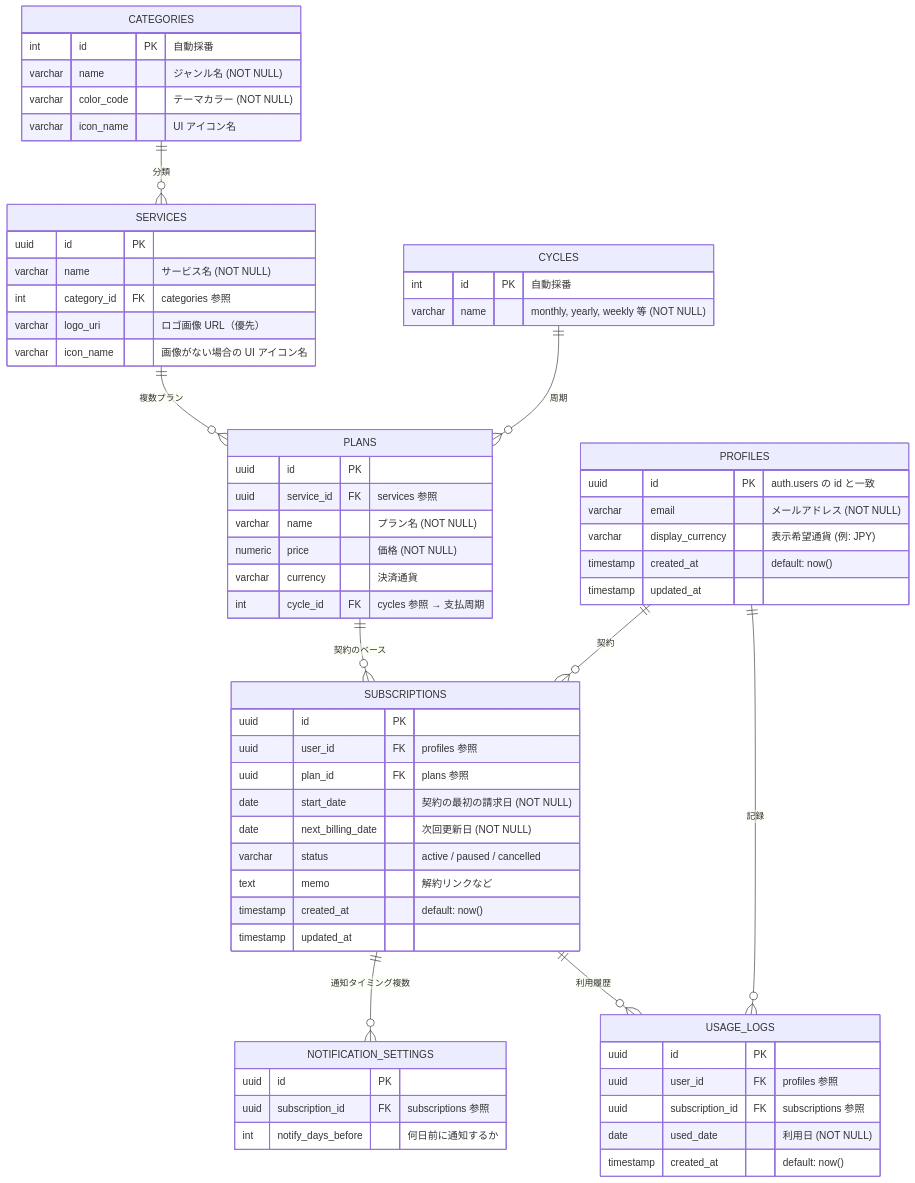
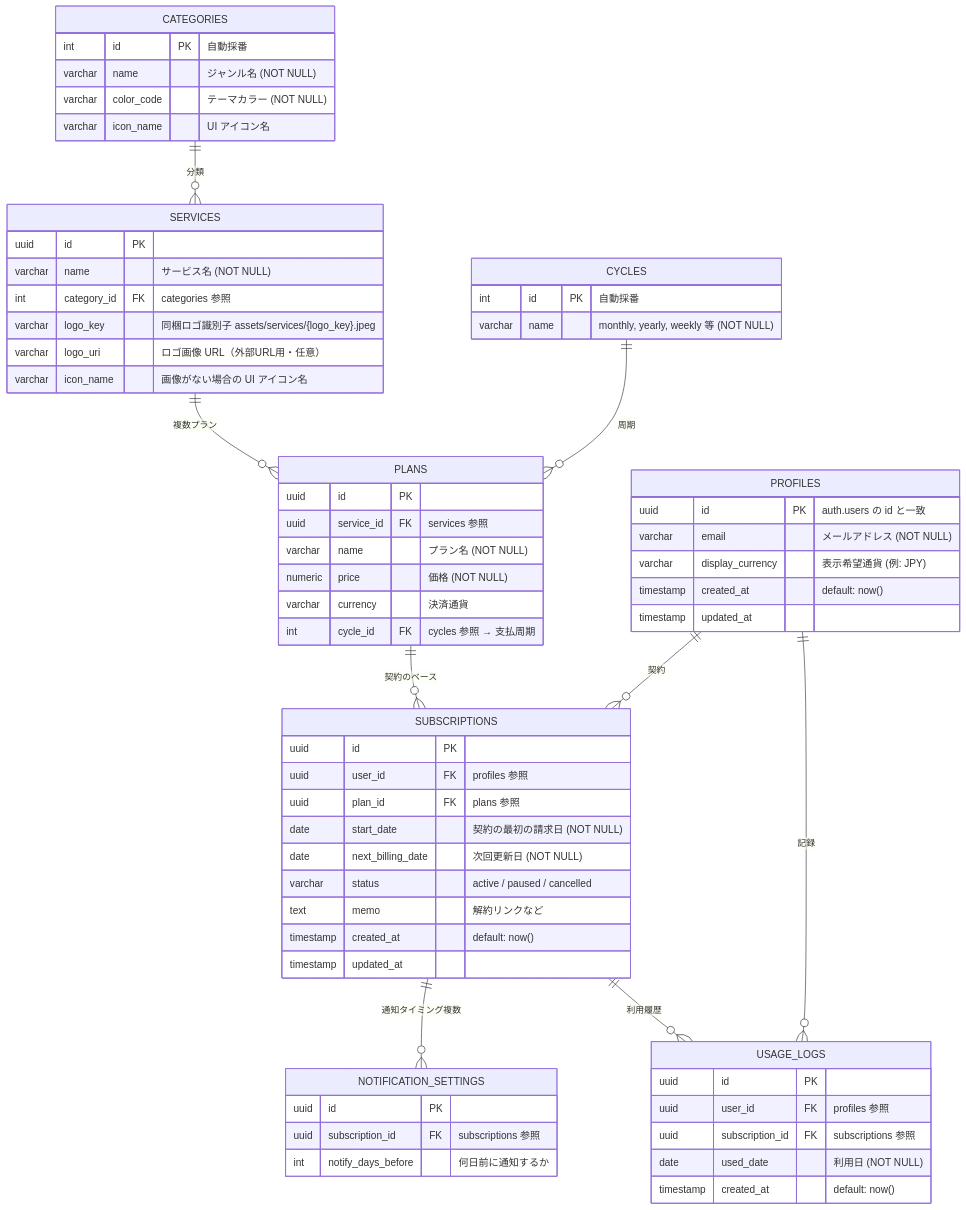
Before and after one commit to junpei0315/SubTrack: the diagram in docs/DATABASE_DESIGN.md, drawn with Mermaid. The commit also changed other lines of this file and 5 other files, not shown here.

````diff
--- a/docs/DATABASE_DESIGN.md
+++ b/docs/DATABASE_DESIGN.md
@@ -25,74 +25,75 @@
 ```mermaid
 erDiagram
     PROFILES {
         uuid id PK "auth.users の id と一致"
         varchar email "メールアドレス (NOT NULL)"
         varchar display_currency "表示希望通貨 (例: JPY)"
         timestamp created_at "default: now()"
         timestamp updated_at
     }
 
     CATEGORIES {
         int id PK "自動採番"
         varchar name "ジャンル名 (NOT NULL)"
         varchar color_code "テーマカラー (NOT NULL)"
         varchar icon_name "UI アイコン名"
     }
 
     CYCLES {
         int id PK "自動採番"
         varchar name "monthly, yearly, weekly 等 (NOT NULL)"
     }
 
     SERVICES {
         uuid id PK
         varchar name "サービス名 (NOT NULL)"
         int category_id FK "categories 参照"
-        varchar logo_uri "ロゴ画像 URL（優先）"
+        varchar logo_key "同梱ロゴ識別子 assets/services/{logo_key}.jpeg"
+        varchar logo_uri "ロゴ画像 URL（外部URL用・任意）"
         varchar icon_name "画像がない場合の UI アイコン名"
     }
 
     PLANS {
         uuid id PK
         uuid service_id FK "services 参照"
         varchar name "プラン名 (NOT NULL)"
         numeric price "価格 (NOT NULL)"
         varchar currency "決済通貨"
         int cycle_id FK "cycles 参照 → 支払周期"
     }
 
     SUBSCRIPTIONS {
         uuid id PK
         uuid user_id FK "profiles 参照"
         uuid plan_id FK "plans 参照"
         date start_date "契約の最初の請求日 (NOT NULL)"
         date next_billing_date "次回更新日 (NOT NULL)"
         varchar status "active / paused / cancelled"
         text memo "解約リンクなど"
         timestamp created_at "default: now()"
         timestamp updated_at
     }
 
     NOTIFICATION_SETTINGS {
         uuid id PK
         uuid subscription_id FK "subscriptions 参照"
         int notify_days_before "何日前に通知するか"
     }
 
     USAGE_LOGS {
         uuid id PK
         uuid user_id FK "profiles 参照"
         uuid subscription_id FK "subscriptions 参照"
         date used_date "利用日 (NOT NULL)"
         timestamp created_at "default: now()"
     }
 
     PROFILES ||--o{ SUBSCRIPTIONS : "契約"
     PROFILES ||--o{ USAGE_LOGS : "記録"
     CATEGORIES ||--o{ SERVICES : "分類"
     CYCLES ||--o{ PLANS : "周期"
     SERVICES ||--o{ PLANS : "複数プラン"
     PLANS ||--o{ SUBSCRIPTIONS : "契約のベース"
     SUBSCRIPTIONS ||--o{ NOTIFICATION_SETTINGS : "通知タイミング複数"
     SUBSCRIPTIONS ||--o{ USAGE_LOGS : "利用履歴"
 ```
````
